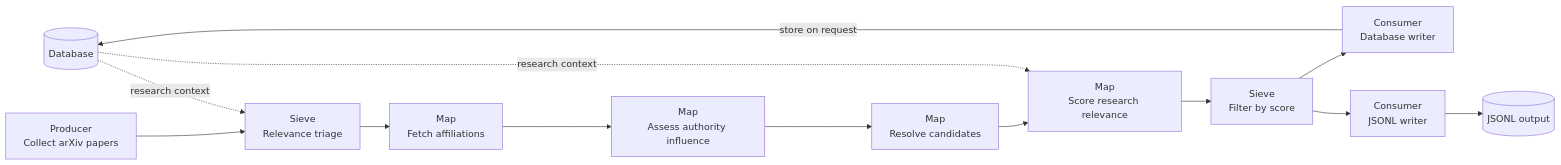
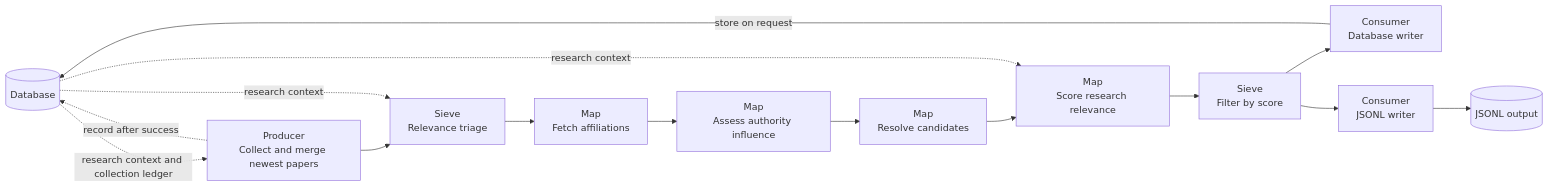
Before and after one commit to anton-pershin/mourat: the first of 7 diagrams in .internal/constitution-spec.md, drawn with Mermaid. The commit also changed other lines of this file and 21 other files, not shown here.

Commit message:
Add Semantic Scholar in newest-paper collection

````diff
--- a/.internal/constitution-spec.md
+++ b/.internal/constitution-spec.md
@@ -75,11 +75,13 @@
 ```mermaid
 flowchart LR
   DB[("Database")]
-  N1["Producer\nCollect arXiv papers"] --> N2["Sieve\nRelevance triage"] --> N3["Map\nFetch affiliations"] --> N4["Map\nAssess authority influence"] --> N5["Map\nResolve candidates"] --> N6["Map\nScore research relevance"] --> N7["Sieve\nFilter by score"]
+  N1["Producer\nCollect and merge newest papers"] --> N2["Sieve\nRelevance triage"] --> N3["Map\nFetch affiliations"] --> N4["Map\nAssess authority influence"] --> N5["Map\nResolve candidates"] --> N6["Map\nScore research relevance"] --> N7["Sieve\nFilter by score"]
   N7 --> NDB["Consumer\nDatabase writer"]
   N7 --> NJ["Consumer\nJSONL writer"]
+  DB -. "research context and collection ledger" .-> N1
   DB -. "research context" .-> N2
   DB -. "research context" .-> N6
+  N1 -. "record after success" .-> DB
   NDB -->|"store on request"| DB
   NJ --> NFILE[("JSONL output")]
 ```
````
